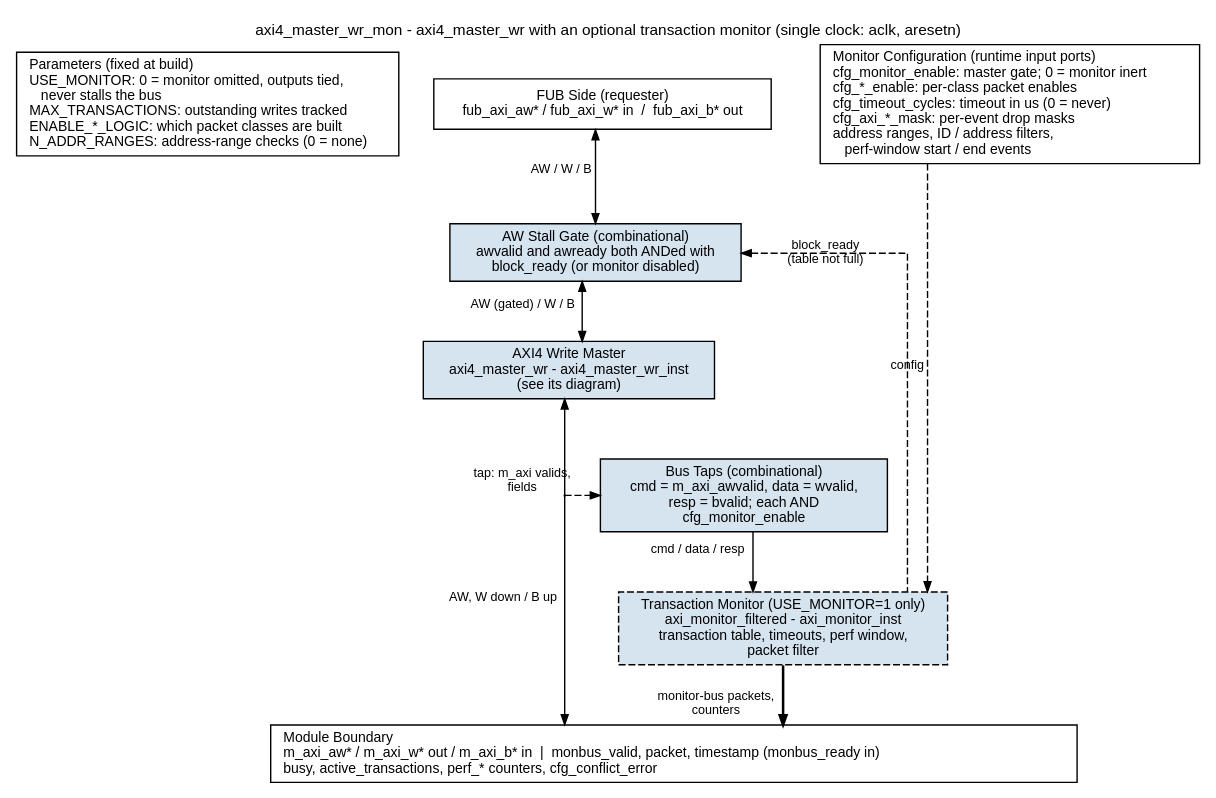
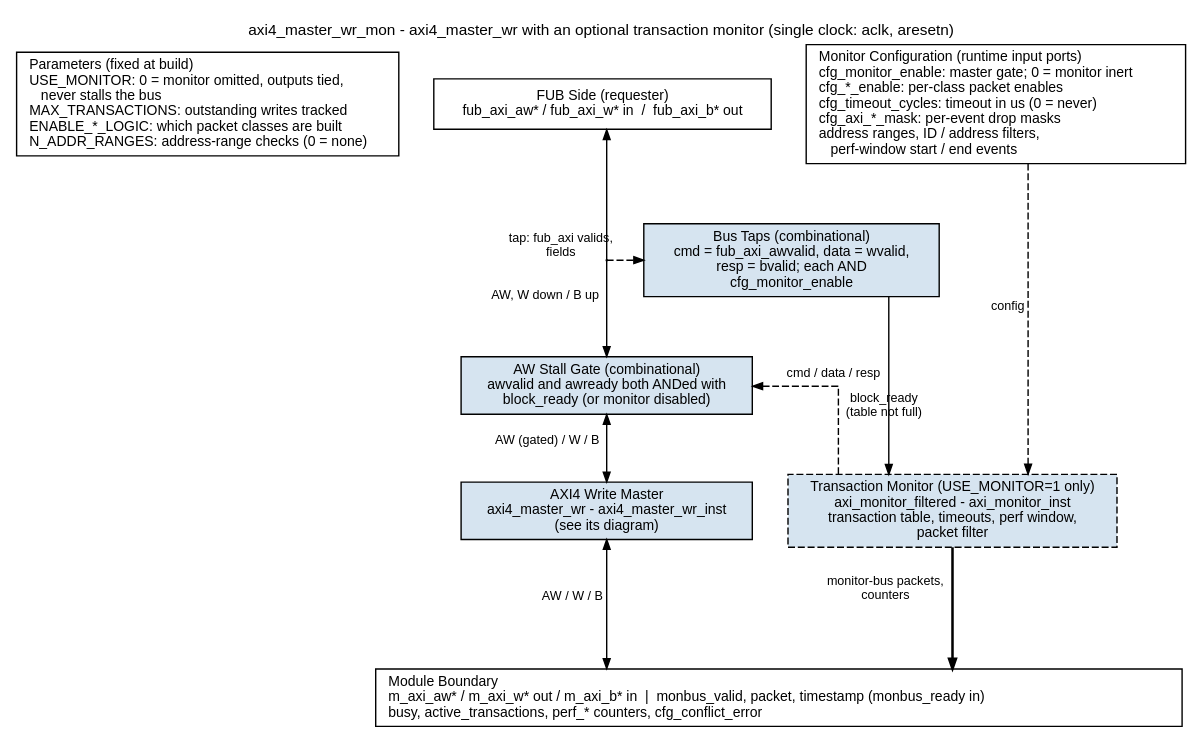
Before and after one commit to sean-galloway/RTLDesignSherpa: the diagram in docs/markdown/assets/rtl-amba/graphviz/axi4_master_wr_mon.dot, drawn with Graphviz. The commit also changed 118 other files, not shown here.

First line of the commit message:
fix(amba): monitors tap the FUB side; consistent busy; EARLY_BURSTS (Fixes #108, Fixes #113)

```diff
--- a/docs/markdown/assets/rtl-amba/graphviz/axi4_master_wr_mon.dot
+++ b/docs/markdown/assets/rtl-amba/graphviz/axi4_master_wr_mon.dot
@@ -1,44 +1,46 @@
 // axi4_master_wr_mon block diagram - house style (vault/handbook/authoring/block-diagrams.md).
 // Monitored wrapper: the base axi4_master_wr is one child box (see its own diagram).
 // AXI traffic runs down the left column through the AW stall gate; the monitor taps the
-// m_axi side and emits monitor-bus packets (the heavy edge). A full transaction table
+// FUB side (owner rule: monitors always tap the FUB side, for timing) and emits monitor-bus packets (the heavy edge). A full transaction table
 // pushes back on the AR gate through block_ready.
 // Source of truth: rtl/amba/axi4/axi4_master_wr_mon.sv.
 digraph axi4_master_wr_mon {
     graph [rankdir=TB, bgcolor="white", fontname="Helvetica", fontsize=11,
            nodesep="0.35", ranksep="0.60", splines=ortho, newrank=true,
            label="axi4_master_wr_mon - axi4_master_wr with an optional transaction monitor (single clock: aclk, aresetn)",
            labelloc=t, labeljust=c];
     node  [fontname="Helvetica", fontsize=10, shape=box, style=filled,
            fillcolor="#D6E4F0", color="black", margin="0.12,0.06"];
     edge  [fontname="Helvetica", fontsize=9, color="black", arrowsize=0.7];
 
     prm  [label="Parameters (fixed at build)\lUSE_MONITOR: 0 = monitor omitted, outputs tied,\l    never stalls the bus\lMAX_TRANSACTIONS: outstanding writes tracked\lENABLE_*_LOGIC: which packet classes are built\lN_ADDR_RANGES: address-range checks (0 = none)\l", fillcolor="white"];
     fub  [label="FUB Side (requester)\nfub_axi_aw* / fub_axi_w* in  /  fub_axi_b* out", fillcolor="white"];
     cfg  [label="Monitor Configuration (runtime input ports)\lcfg_monitor_enable: master gate; 0 = monitor inert\lcfg_*_enable: per-class packet enables\lcfg_timeout_cycles: timeout in us (0 = never)\lcfg_axi_*_mask: per-event drop masks\laddress ranges, ID / address filters,\l    perf-window start / end events\l", fillcolor="white"];
 
     gate [label="AW Stall Gate (combinational)\nawvalid and awready both ANDed with\nblock_ready (or monitor disabled)"];
     base [label="AXI4 Write Master\naxi4_master_wr - axi4_master_wr_inst\n(see its diagram)"];
-    taps [label="Bus Taps (combinational)\ncmd = m_axi_awvalid, data = wvalid,\nresp = bvalid; each AND\ncfg_monitor_enable"];
+    taps [label="Bus Taps (combinational)\ncmd = fub_axi_awvalid, data = wvalid,\nresp = bvalid; each AND\ncfg_monitor_enable"];
     mon  [label="Transaction Monitor (USE_MONITOR=1 only)\naxi_monitor_filtered - axi_monitor_inst\ntransaction table, timeouts, perf window,\npacket filter", style="filled,dashed"];
 
     bar  [label="Module Boundary\lm_axi_aw* / m_axi_w* out / m_axi_b* in  |  monbus_valid, packet, timestamp (monbus_ready in)\lbusy, active_transactions, perf_* counters, cfg_conflict_error\l",
           fillcolor="white", width=8.0];
 
-    // AXI path: down the left (requests down, responses back up on the same pair)
-    fub  -> gate [dir=both, xlabel="AW / W / B"];
+    // AXI path: down the left (requests down, responses back up on the same pair).
+    // The tap point sits on the FUB side, between the requester port and the gate:
+    // the monitor watches the same (gated) handshake the requester sees.
+    p_ax [shape=point, width=0.01];
+    fub  -> p_ax [dir=back, headclip=false];
+    p_ax -> gate [dir=forward, tailclip=false, xlabel="AW, W down / B up"];
     gate -> base [dir=both, xlabel="AW (gated) / W / B"];
-    p_ax [shape=point, width=0.01];
-    base -> p_ax [dir=back, headclip=false];
-    p_ax -> bar  [dir=forward, tailclip=false, xlabel="AW, W down / B up"];
+    base -> bar  [dir=both, minlen=2, xlabel="AW / W / B"];
     // observation and packets
-    p_ax -> taps [style=dashed, tailclip=false, xlabel="tap: m_axi valids,\nfields"];
-    taps -> mon  [xlabel="cmd / data / resp"];
+    p_ax -> taps [style=dashed, tailclip=false, xlabel="tap: fub_axi valids,\nfields"];
+    taps -> mon  [minlen=2, xlabel="cmd / data / resp"];
     mon  -> bar  [penwidth=1.8, xlabel="monitor-bus packets,\ncounters"];
-    gate -> mon  [style=dashed, dir=back, constraint=false, taillabel="block_ready\n(table not full)", labelangle=0, labeldistance=6];
+    gate -> mon  [style=dashed, dir=back, constraint=false, xlabel="block_ready\n(table not full)"];
     cfg  -> mon  [style=dashed, xlabel="config"];
 
     { rank=same; prm; fub; cfg; }
     { rank=same; taps; p_ax; }
     prm -> fub [style=invis]; fub -> cfg [style=invis];
 }
```
